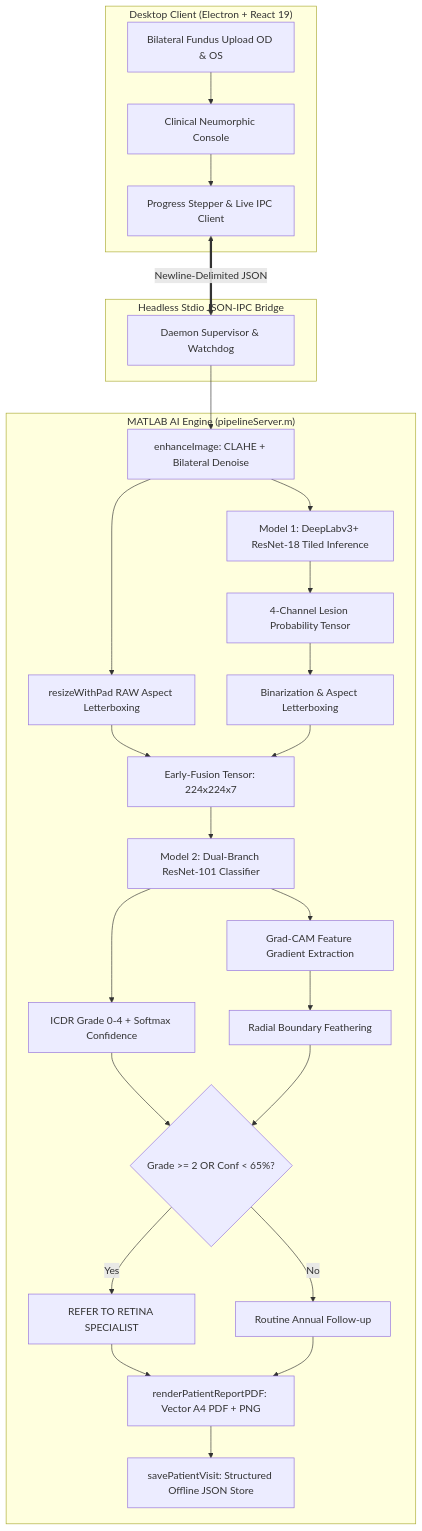
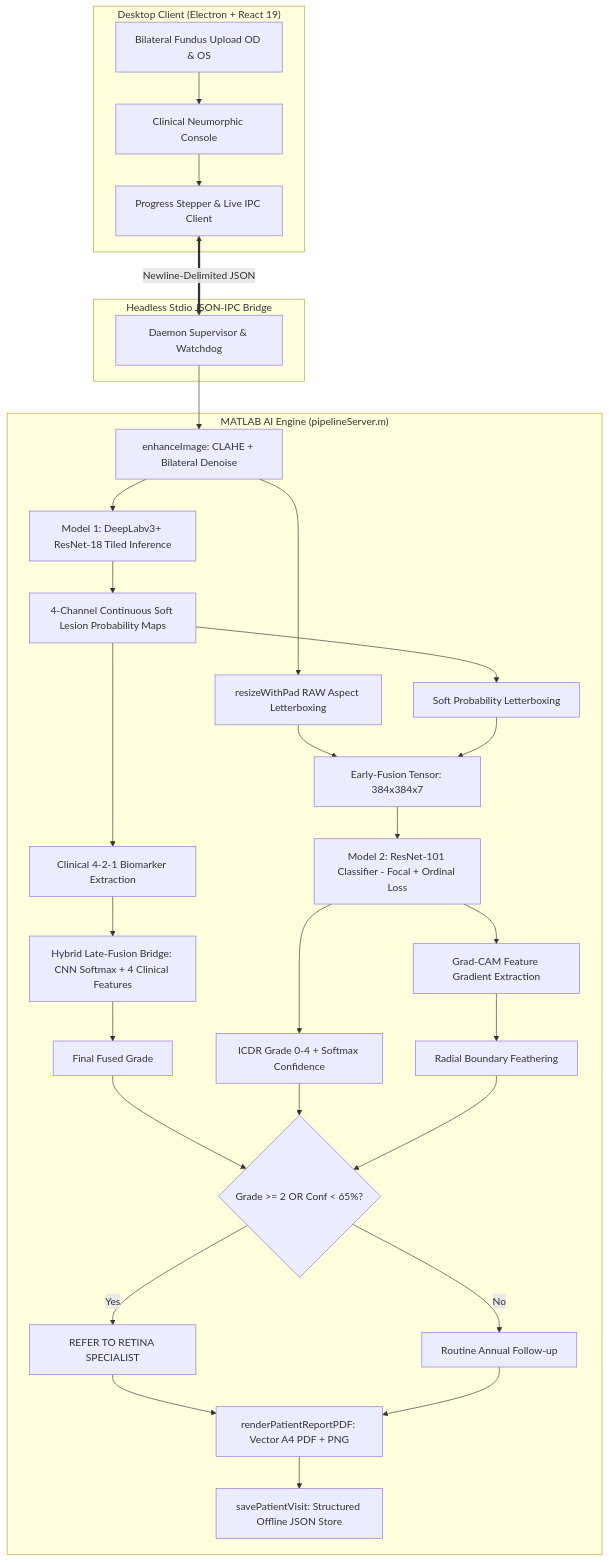
The diagram in README.md (MayureshJadhao04/dr_detect), drawn with Mermaid before and after one commit. The commit also changed other lines of this file and 1 other file, not shown here.

Commit message:
docs: update README and ARCHITECTURE to v1.1.0 (384px, hybrid bridge, latest metrics)

````diff
--- a/README.md
+++ b/README.md
@@ -61,29 +60,32 @@
 ```mermaid
 graph TD
     subgraph UI ["Desktop Client (Electron + React 19)"]
         A[Bilateral Fundus Upload OD & OS] --> B[Clinical Neumorphic Console]
         B --> C[Progress Stepper & Live IPC Client]
     end
 
     subgraph IPC ["Headless Stdio JSON-IPC Bridge"]
         C <==>|Newline-Delimited JSON| D[Daemon Supervisor & Watchdog]
     end
 
     subgraph Engine ["MATLAB AI Engine (pipelineServer.m)"]
         D --> E[enhanceImage: CLAHE + Bilateral Denoise]
         E --> F[Model 1: DeepLabv3+ ResNet-18 Tiled Inference]
-        F --> G[4-Channel Lesion Probability Tensor]
+        F --> G[4-Channel Continuous Soft Lesion Probability Maps]
         E --> H[resizeWithPad RAW Aspect Letterboxing]
-        G --> I[Binarization & Aspect Letterboxing]
-        H & I --> J[Early-Fusion Tensor: 224x224x7]
-        J --> K[Model 2: Dual-Branch ResNet-101 Classifier]
+        G --> I[Soft Probability Letterboxing]
+        H & I --> J[Early-Fusion Tensor: 384x384x7]
+        J --> K[Model 2: ResNet-101 Classifier - Focal + Ordinal Loss]
         K --> L[ICDR Grade 0-4 + Softmax Confidence]
+        G --> T[Clinical 4-2-1 Biomarker Extraction]
+        T --> U[Hybrid Late-Fusion Bridge: CNN Softmax + 4 Clinical Features]
+        U --> V[Final Fused Grade]
         K --> M[Grad-CAM Feature Gradient Extraction]
         M --> N[Radial Boundary Feathering]
-        L & N --> O{Grade >= 2 OR Conf < 65%?}
+        V & L & N --> O{Grade >= 2 OR Conf < 65%?}
         O -->|Yes| P[REFER TO RETINA SPECIALIST]
         O -->|No| Q[Routine Annual Follow-up]
         P & Q --> R[renderPatientReportPDF: Vector A4 PDF + PNG]
         R --> S[savePatientVisit: Structured Offline JSON Store]
     end
 ```
````
